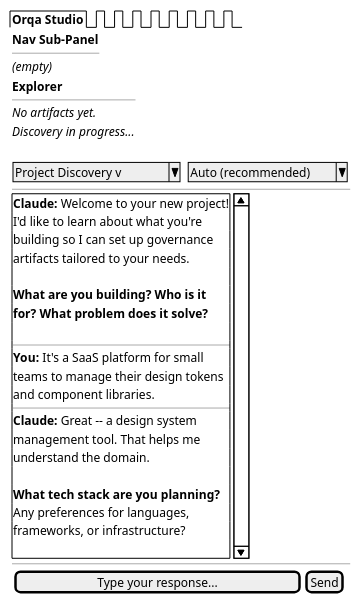
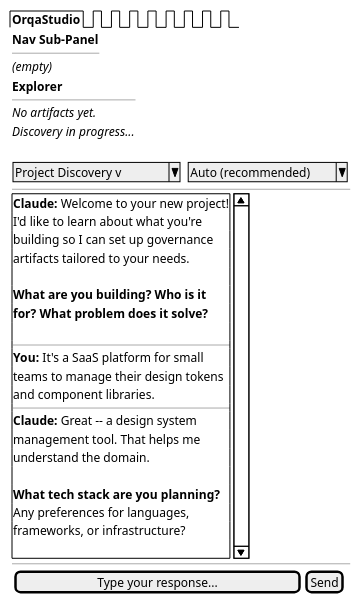
One commit to orqastudio/app changed the tenth of 14 diagrams in docs/wireframes/settings-onboarding.md. Above: the diagram before and after it, drawn with PlantUML. The commit also changed other lines of this file and 177 other files, not shown here.

````diff
--- a/docs/wireframes/settings-onboarding.md
+++ b/docs/wireframes/settings-onboarding.md
@@ -464,52 +464,52 @@
 ```plantuml
 @startsalt
 {
-  {/ <b>Orqa Studio</b> | . | . | . | . | . | . | . | . }
+  {/ <b>OrqaStudio</b> | . | . | . | . | . | . | . | . }
   {
     {
       <b>Nav Sub-Panel</b>
       ---
       <i>(empty)</i>
     }
     |
     {
       <b>Explorer</b>
       ---
       <i>No artifacts yet.</i>
       <i>Discovery in progress...</i>
       .
     }
     |
     {
       { ^Project Discovery v^ | . | ^Auto (recommended)^ }
       ---
       {SI
         <b>Claude:</b> Welcome to your new project!
         I'd like to learn about what you're
         building so I can set up governance
         artifacts tailored to your needs.
         .
         <b>What are you building? Who is it</b>
         <b>for? What problem does it solve?</b>
         .
         ---
         <b>You:</b> It's a SaaS platform for small
         teams to manage their design tokens
         and component libraries.
         ---
         <b>Claude:</b> Great -- a design system
         management tool. That helps me
         understand the domain.
         .
         <b>What tech stack are you planning?</b>
         Any preferences for languages,
         frameworks, or infrastructure?
         .
       }
       ---
       { [Type your response...              ] | [Send] }
     }
   }
 }
 @endsalt
 ```
````
